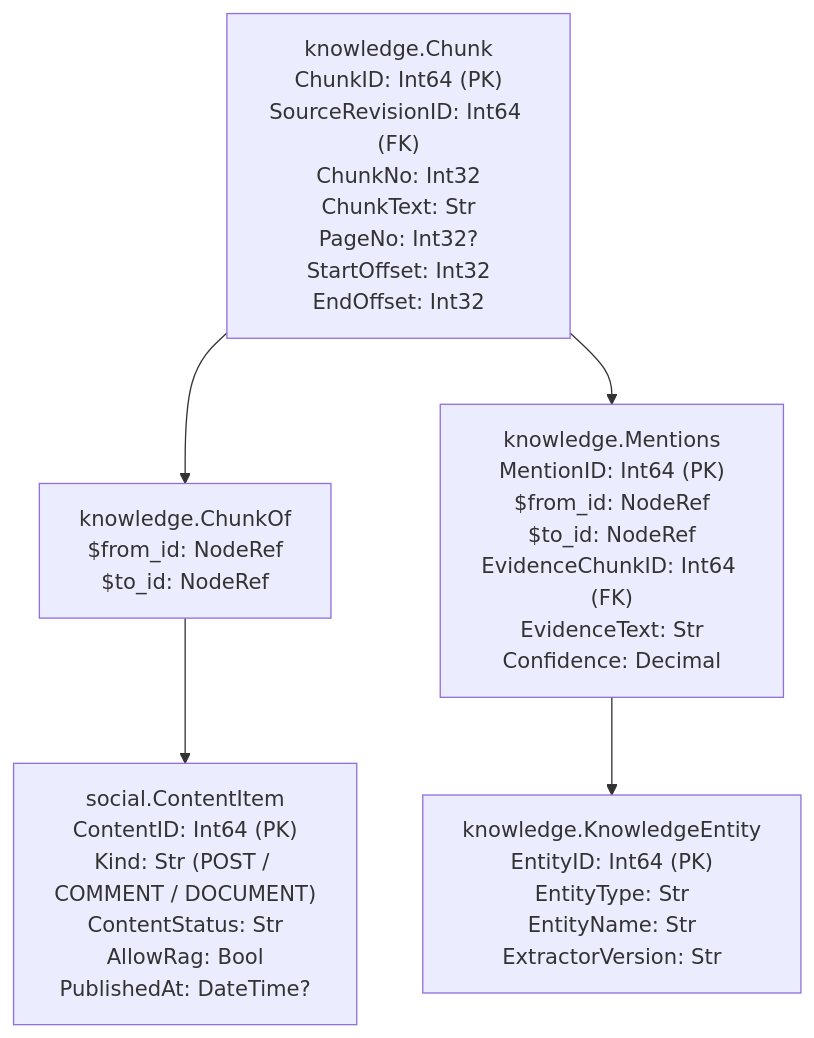
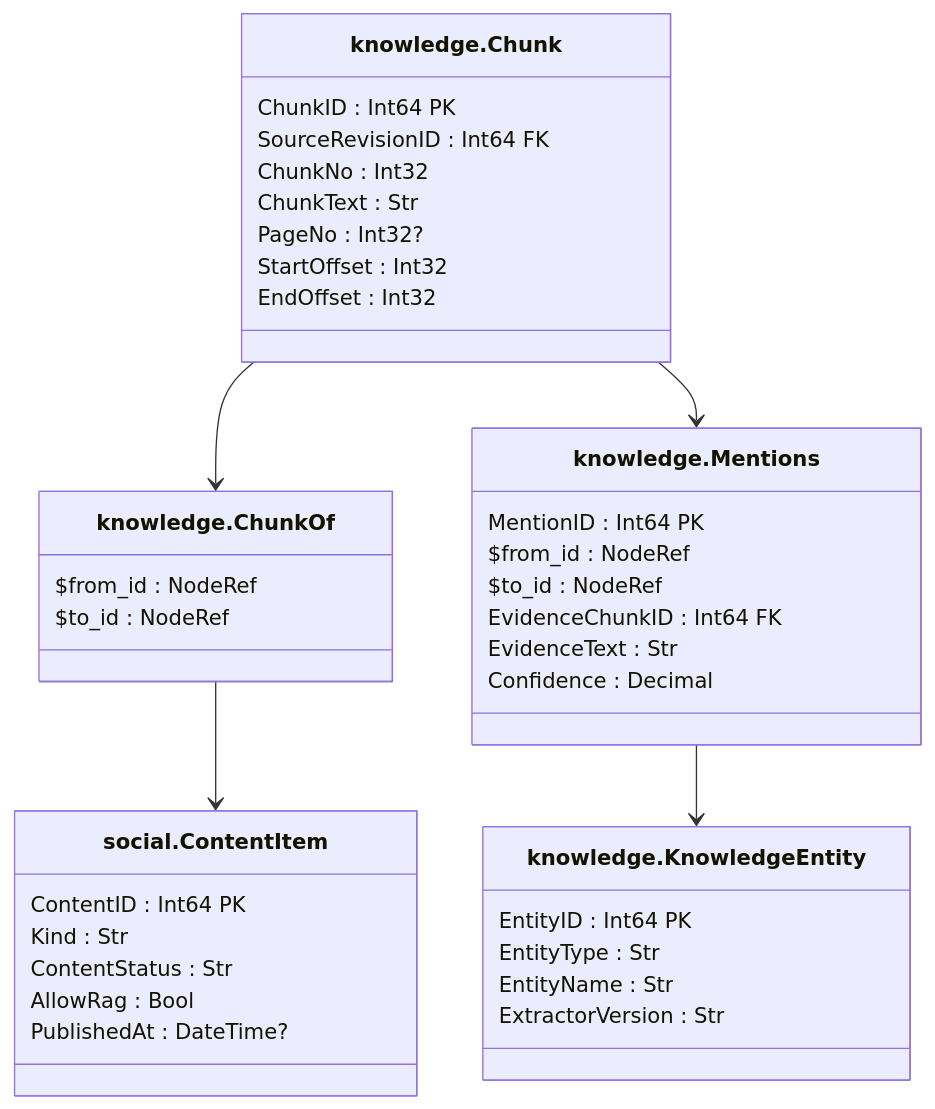
The ninth of 15 diagrams in 03SQL-CourseWork/architecture/database-model.md (lkeey/BIVT-labs), drawn with Mermaid before and after one commit. The commit also changed other lines of this file, not shown here.

Commit message:
docs: center database table titles in diagrams

```diff
--- a/03SQL-CourseWork/architecture/database-model.md
+++ b/03SQL-CourseWork/architecture/database-model.md
@@ -120,10 +340,42 @@
 ~~~mermaid
-flowchart TB
-    K["knowledge.Chunk<br/>ChunkID: Int64 (PK)<br/>SourceRevisionID: Int64 (FK)<br/>ChunkNo: Int32<br/>ChunkText: Str<br/>PageNo: Int32?<br/>StartOffset: Int32<br/>EndOffset: Int32"]
-    O["knowledge.ChunkOf<br/>$from_id: NodeRef<br/>$to_id: NodeRef"]
-    I["social.ContentItem<br/>ContentID: Int64 (PK)<br/>Kind: Str (POST / COMMENT / DOCUMENT)<br/>ContentStatus: Str<br/>AllowRag: Bool<br/>PublishedAt: DateTime?"]
-    M["knowledge.Mentions<br/>MentionID: Int64 (PK)<br/>$from_id: NodeRef<br/>$to_id: NodeRef<br/>EvidenceChunkID: Int64 (FK)<br/>EvidenceText: Str<br/>Confidence: Decimal"]
-    E["knowledge.KnowledgeEntity<br/>EntityID: Int64 (PK)<br/>EntityType: Str<br/>EntityName: Str<br/>ExtractorVersion: Str"]
-    K --> O --> I
-    K --> M --> E
+classDiagram
+    direction TB
+    class K["knowledge.Chunk"] {
+        ChunkID : Int64 PK
+        SourceRevisionID : Int64 FK
+        ChunkNo : Int32
+        ChunkText : Str
+        PageNo : Int32?
+        StartOffset : Int32
+        EndOffset : Int32
+    }
+    class O["knowledge.ChunkOf"] {
+        $from_id : NodeRef
+        $to_id : NodeRef
+    }
+    class I["social.ContentItem"] {
+        ContentID : Int64 PK
+        Kind : Str
+        ContentStatus : Str
+        AllowRag : Bool
+        PublishedAt : DateTime?
+    }
+    class M["knowledge.Mentions"] {
+        MentionID : Int64 PK
+        $from_id : NodeRef
+        $to_id : NodeRef
+        EvidenceChunkID : Int64 FK
+        EvidenceText : Str
+        Confidence : Decimal
+    }
+    class E["knowledge.KnowledgeEntity"] {
+        EntityID : Int64 PK
+        EntityType : Str
+        EntityName : Str
+        ExtractorVersion : Str
+    }
+    K --> O
+    O --> I
+    K --> M
+    M --> E
 ~~~
```
